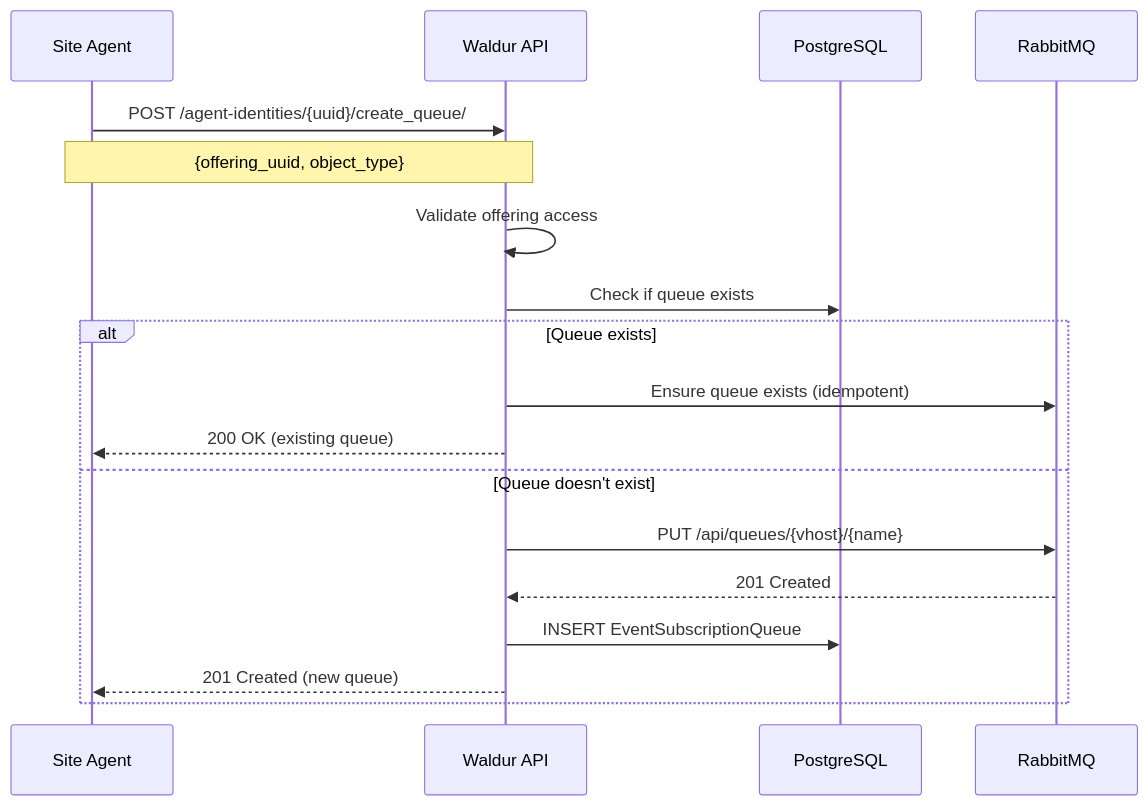
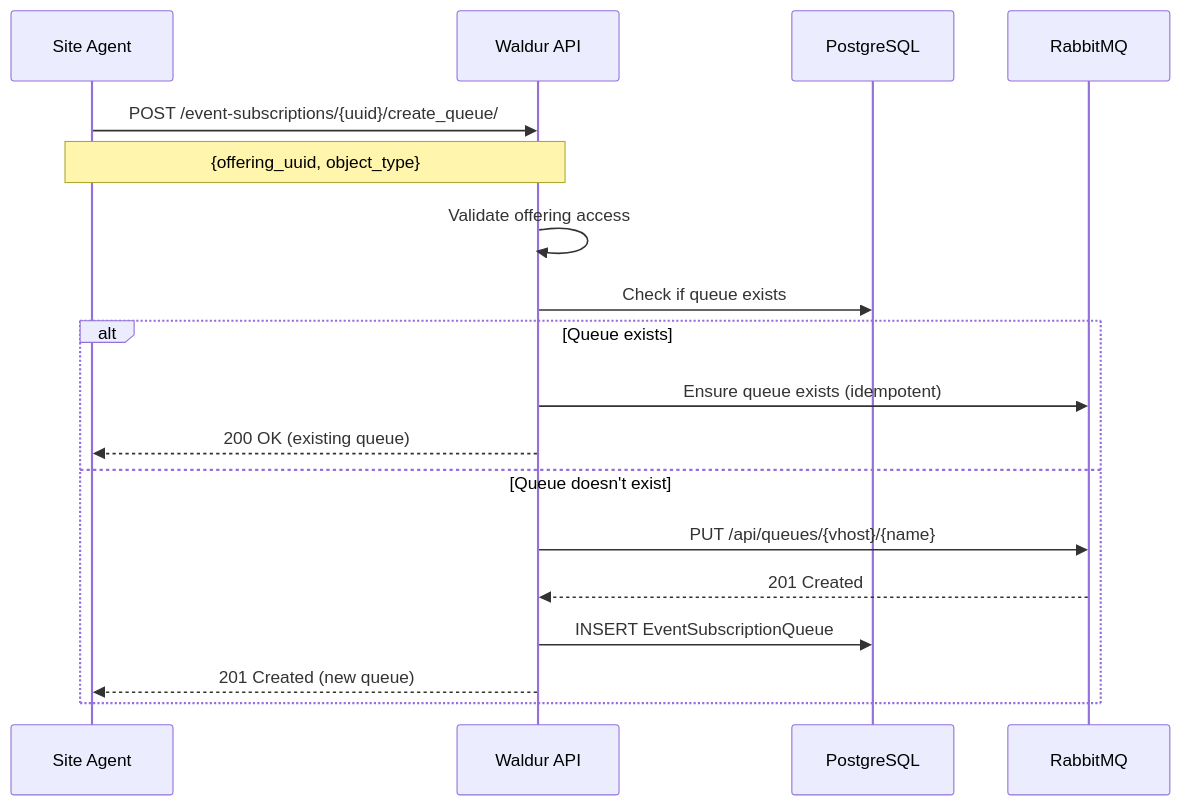
One commit to waldur/waldur-docs changed the third of 5 diagrams in docs/developer-guide/guides/event-subscription-queues.md. Above: the diagram before and after it, drawn with Mermaid. The commit also changed other lines of this file and 23 other files, not shown here.

````diff
--- a/docs/developer-guide/guides/event-subscription-queues.md
+++ b/docs/developer-guide/guides/event-subscription-queues.md
@@ -104,23 +105,23 @@
 ```mermaid
 sequenceDiagram
     participant Agent as Site Agent
     participant API as Waldur API
     participant DB as PostgreSQL
     participant RMQ as RabbitMQ
 
-    Agent->>API: POST /agent-identities/{uuid}/create_queue/
+    Agent->>API: POST /event-subscriptions/{uuid}/create_queue/
     Note over Agent,API: {offering_uuid, object_type}
 
     API->>API: Validate offering access
     API->>DB: Check if queue exists
 
     alt Queue exists
         API->>RMQ: Ensure queue exists (idempotent)
         API-->>Agent: 200 OK (existing queue)
     else Queue doesn't exist
         API->>RMQ: PUT /api/queues/{vhost}/{name}
         RMQ-->>API: 201 Created
         API->>DB: INSERT EventSubscriptionQueue
         API-->>Agent: 201 Created (new queue)
     end
 ```
````
